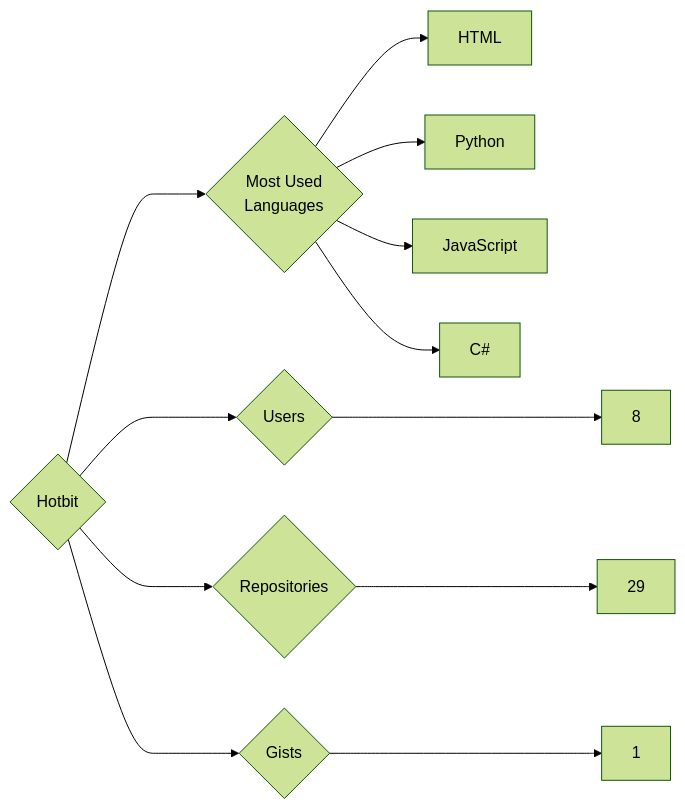
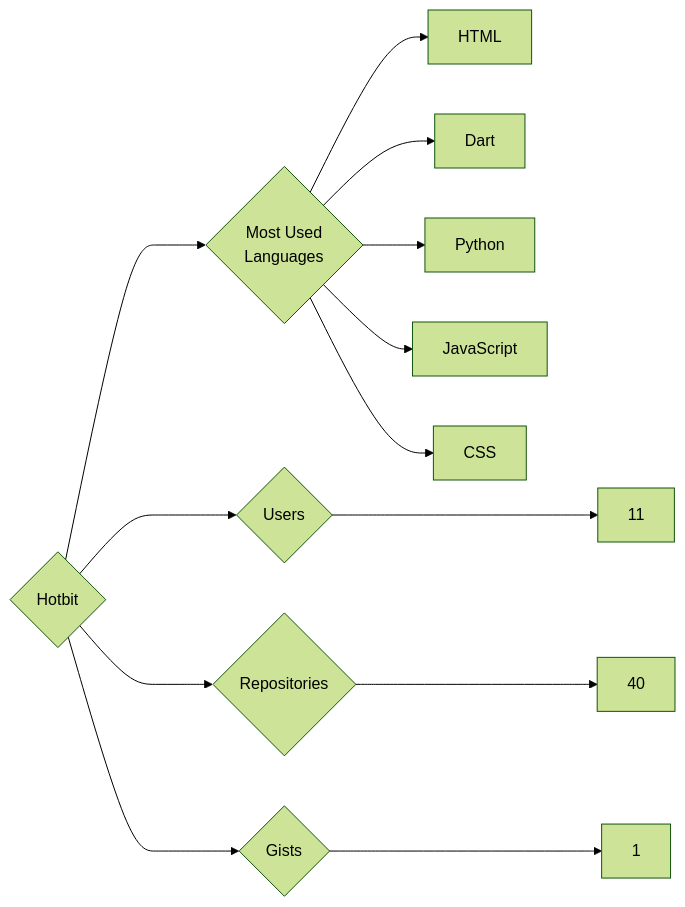
One commit to trickest/insiders changed the diagram in targets/Hotbit/README.md. Above: the diagram before and after it, drawn with Mermaid (forest theme). The commit also changed 1084 other files, not shown here.

````diff
--- a/targets/Hotbit/README.md
+++ b/targets/Hotbit/README.md
@@ -3,12 +3,13 @@
 ```mermaid
 graph LR
 COMPANY_NAME{Hotbit}
-COMPANY_NAME ---> U{Users} ---> UN[8]
-COMPANY_NAME ---> R{Repositories} ---> RN[29]
+COMPANY_NAME ---> U{Users} ---> UN[11]
+COMPANY_NAME ---> R{Repositories} ---> RN[40]
 COMPANY_NAME ---> G{Gists} ---> GN[1]
 COMPANY_NAME ---> ML{Most Used<br>Languages}
 ML --> HTML[HTML]
+ML --> Dart[Dart]
 ML --> Python[Python]
 ML --> JavaScript[JavaScript]
-ML --> C#[C#]
+ML --> CSS[CSS]
 ```
````
